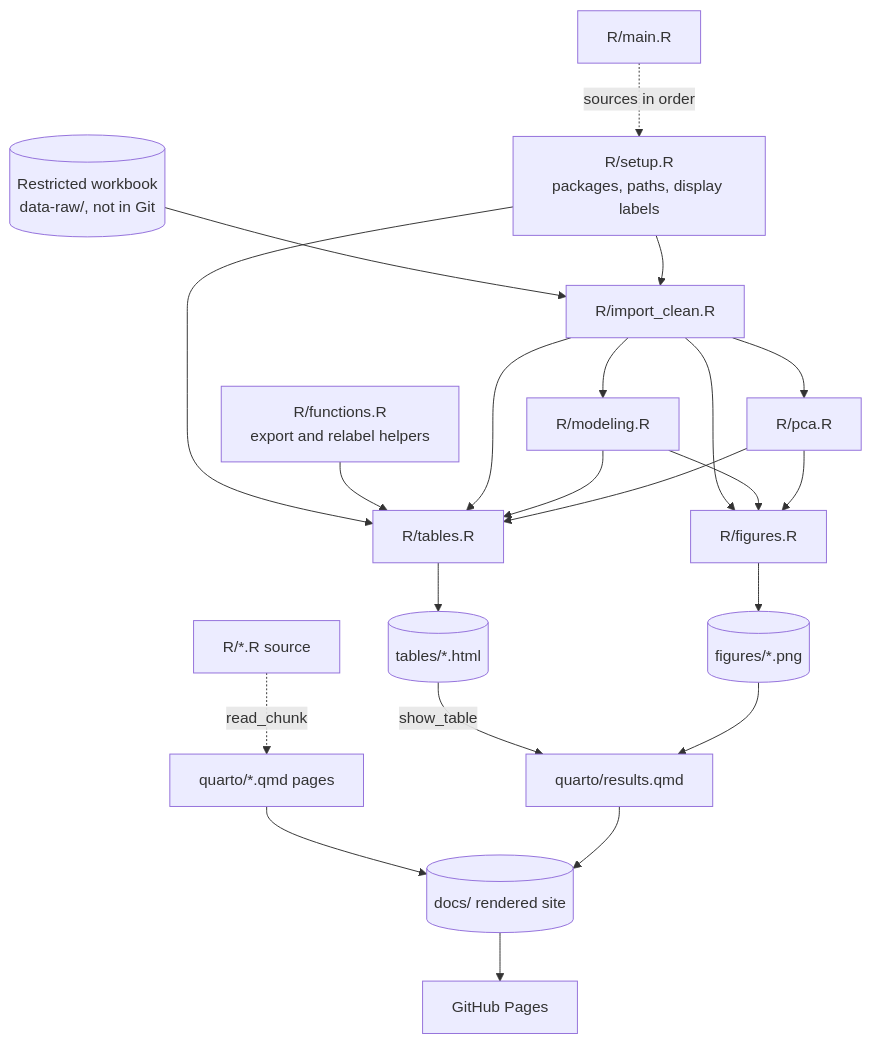
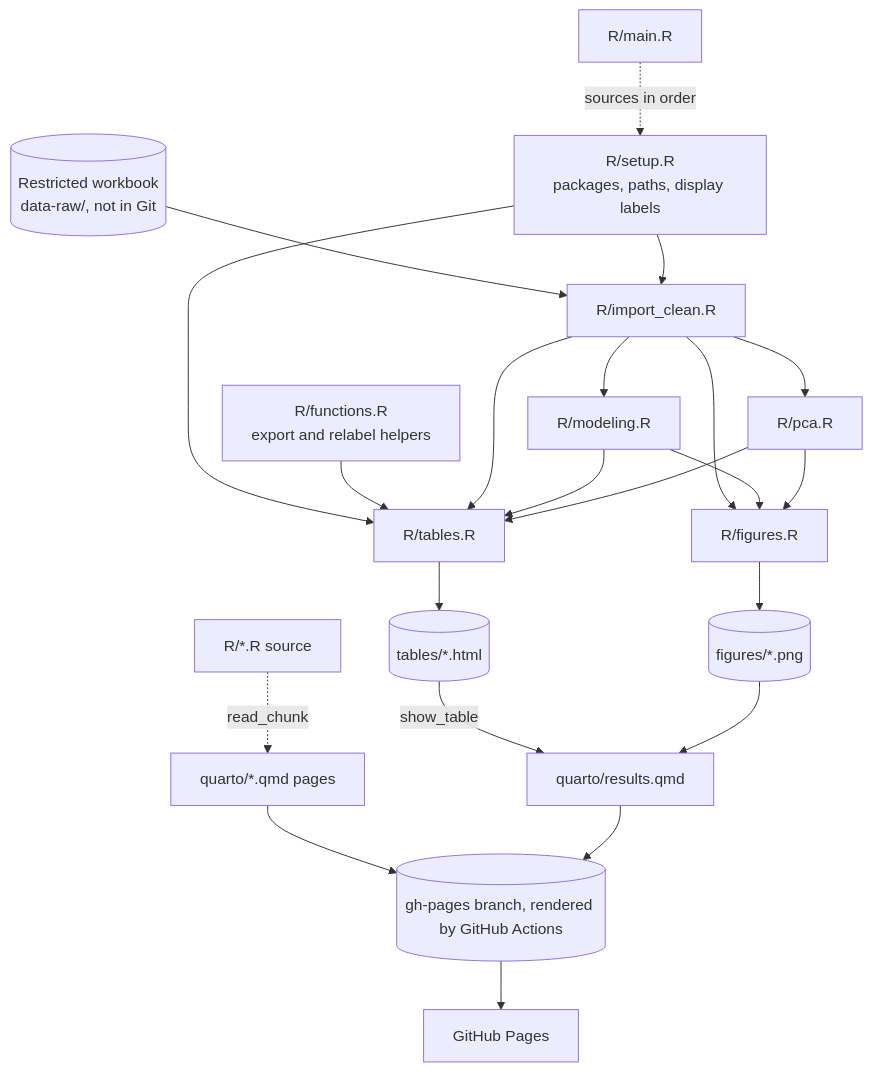
Before and after one commit to VagishHemmige/Pirofski-cryptococcus-study: the diagram in ARCHITECTURE.md, drawn with Mermaid. The commit also changed other lines of this file and 57 other files, not shown here.

First line of the commit message:
Render and publish the site with GitHub Actions

````diff
--- a/ARCHITECTURE.md
+++ b/ARCHITECTURE.md
@@ -16,24 +16,24 @@
 ```mermaid
 flowchart TD
     W[(Restricted workbook<br/>data-raw/, not in Git)] --> IC[R/import_clean.R]
     S[R/setup.R<br/>packages, paths, display labels] --> IC
     S --> T
     F[R/functions.R<br/>export and relabel helpers] --> T
     IC --> M[R/modeling.R]
     IC --> P[R/pca.R]
     IC --> T[R/tables.R]
     IC --> G[R/figures.R]
     M --> T
     M --> G
     P --> T
     P --> G
     T --> TO[(tables/*.html)]
     G --> FO[(figures/*.png)]
     R[R/*.R source] -. read_chunk .-> Q[quarto/*.qmd pages]
     TO -- show_table --> RES[quarto/results.qmd]
     FO --> RES
-    Q --> D[(docs/ rendered site)]
+    Q --> D[(gh-pages branch, rendered by GitHub Actions)]
     RES --> D
     D --> GH[GitHub Pages]
     MAIN[R/main.R] -. sources in order .-> S
 ```
````
